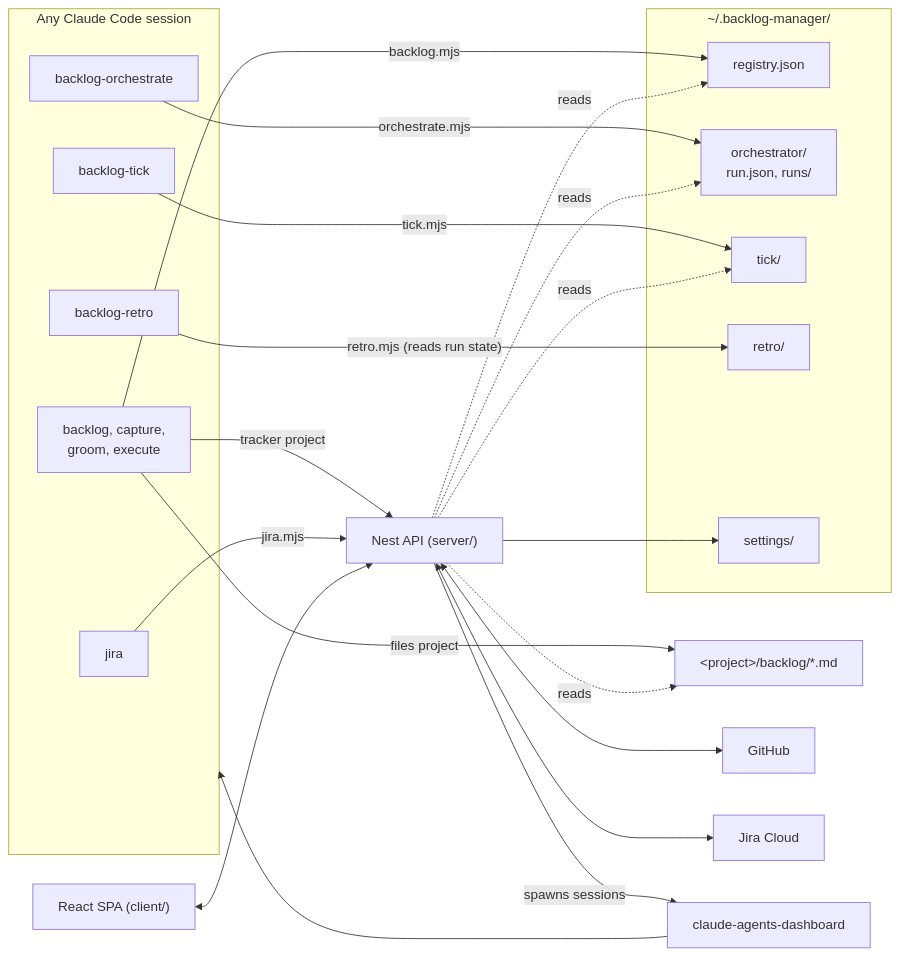
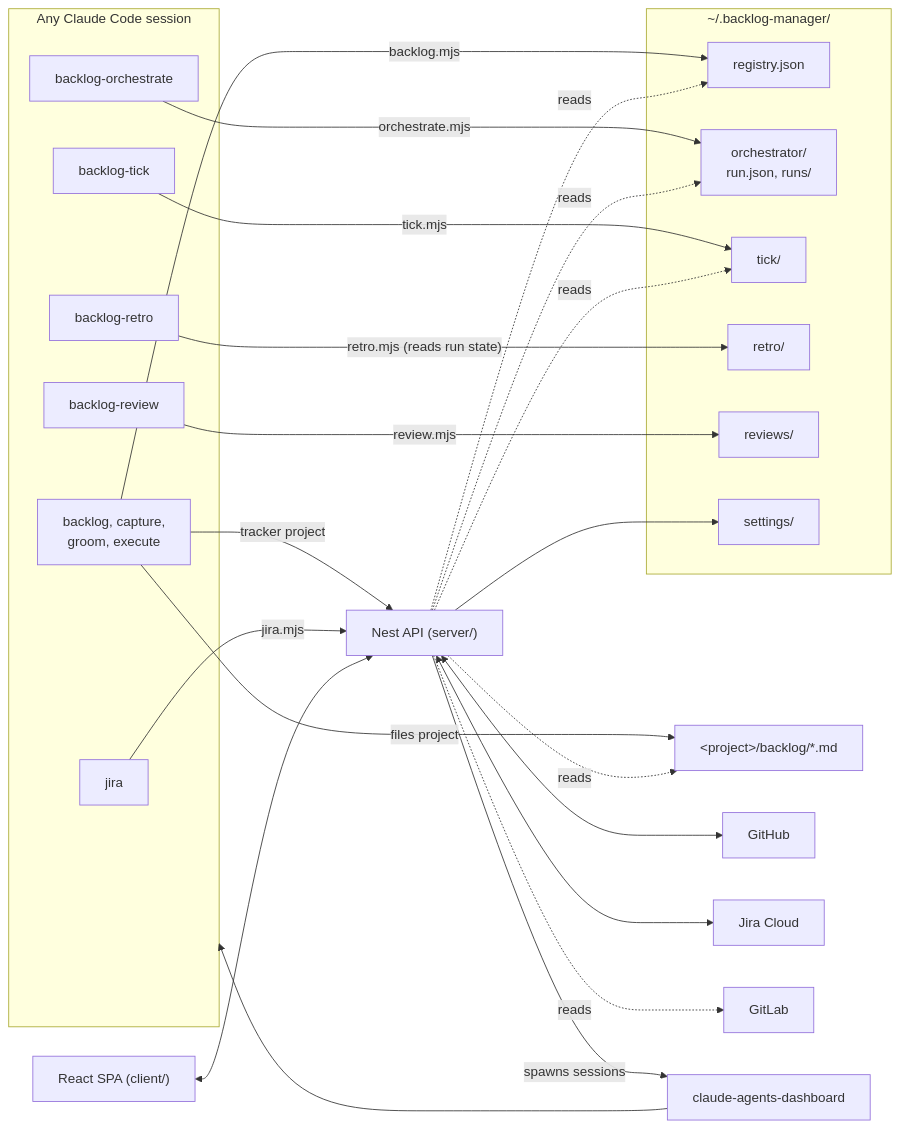
Before and after one commit to futin/backlog-manager: the diagram in README.md, drawn with Mermaid. The commit also changed other lines of this file and 11 other files, not shown here.

````diff
--- a/README.md
+++ b/README.md
@@ -105,44 +113,49 @@
 ```mermaid
 flowchart LR
   subgraph session["Any Claude Code session"]
     skills["backlog, capture,<br/>groom, execute"]
     orch["backlog-orchestrate"]
     tick["backlog-tick"]
     retro["backlog-retro"]
+    review["backlog-review"]
     jira["jira"]
   end
 
   subgraph home["~/.backlog-manager/"]
     registry["registry.json"]
     runstate["orchestrator/<br/>run.json, runs/"]
     tickdir["tick/"]
     retrodir["retro/"]
+    reviewdir["reviews/"]
     settings["settings/"]
   end
 
   files["#lt;project#gt;/backlog/*.md"]
   api["Nest API (server/)"]
   spa["React SPA (client/)"]
   gh["GitHub"]
   jc["Jira Cloud"]
+  gl["GitLab"]
   dash["claude-agents-dashboard"]
 
   skills -- "backlog.mjs" --> registry
   skills -- "files project" --> files
   skills -- "tracker project" --> api
   orch -- "orchestrate.mjs" --> runstate
   tick -- "tick.mjs" --> tickdir
   retro -- "retro.mjs (reads run state)" --> retrodir
+  review -- "review.mjs" --> reviewdir
   jira -- "jira.mjs" --> api
 
   spa <--> api
   api -. "reads" .-> registry
   api -. "reads" .-> files
   api -. "reads" .-> runstate
   api -. "reads" .-> tickdir
   api --> settings
   api <--> gh
   api <--> jc
+  api -. "reads" .-> gl
   api -- "spawns sessions" --> dash
   dash --> session
 ```
````
